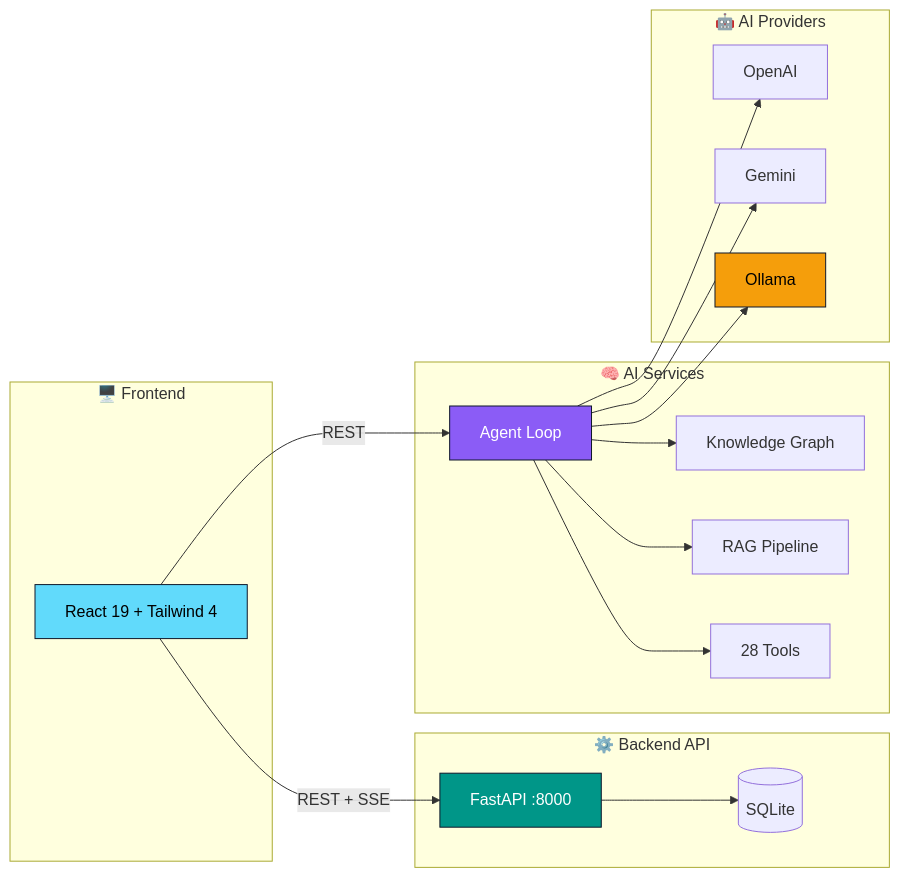
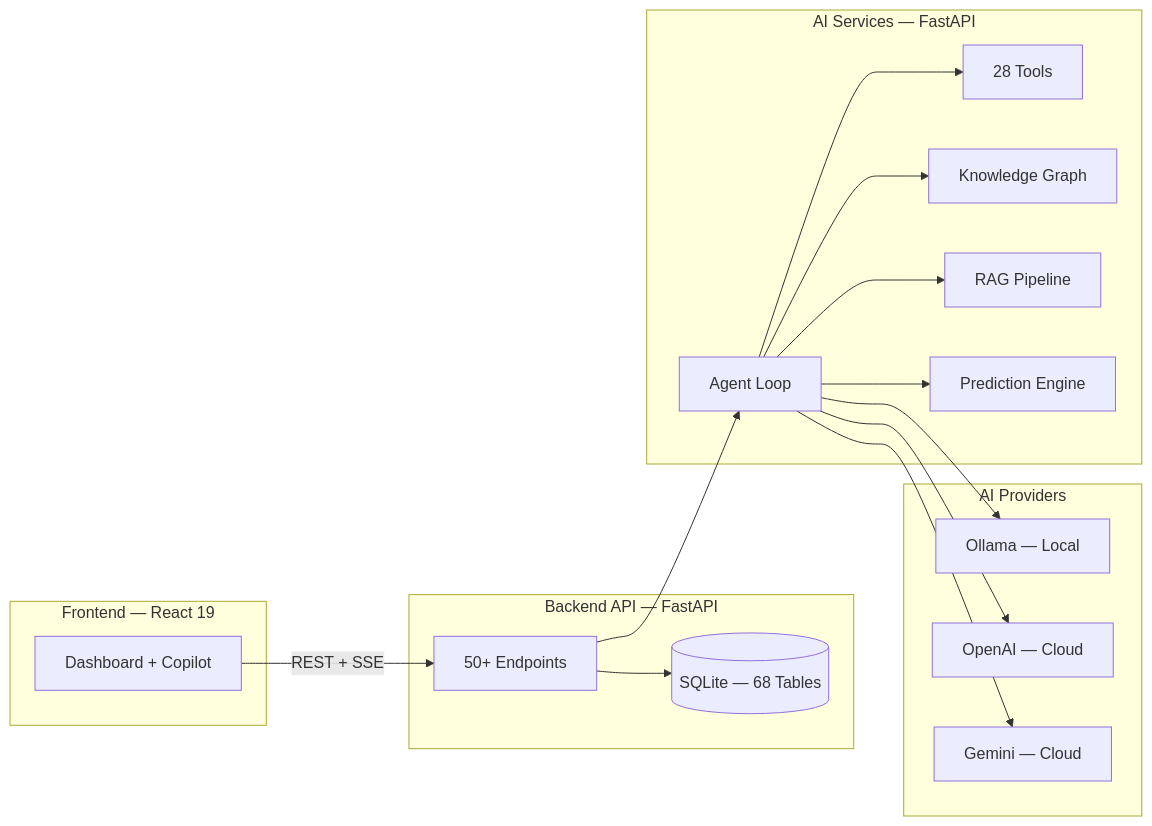
The diagram in README.md (bhuwanb23/CrimeMatrix), drawn with Mermaid before and after one commit. The commit also changed other lines of this file, not shown here.

````diff
--- a/README.md
+++ b/README.md
@@ -142,39 +72,36 @@
 ```mermaid
 graph LR
-    subgraph Frontend["🖥️ Frontend"]
-        UI[React 19 + Tailwind 4]
+    subgraph Frontend["Frontend — React 19"]
+        UI[Dashboard + Copilot]
     end
     
-    subgraph Backend["⚙️ Backend API"]
-        API[FastAPI :8000]
-        DB[(SQLite)]
+    subgraph Backend["Backend API — FastAPI"]
+        API[50+ Endpoints]
+        DB[(SQLite — 68 Tables)]
     end
     
-    subgraph AI["🧠 AI Services"]
+    subgraph AI["AI Services — FastAPI"]
         Agent[Agent Loop]
         Tools[28 Tools]
+        KG[Knowledge Graph]
         RAG[RAG Pipeline]
-        KG[Knowledge Graph]
+        Predict[Prediction Engine]
     end
     
-    subgraph LLM["🤖 AI Providers"]
-        O[Ollama]
-        G[Gemini]
-        OI[OpenAI]
+    subgraph Providers["AI Providers"]
+        Ollama[Ollama — Local]
+        OpenAI[OpenAI — Cloud]
+        Gemini[Gemini — Cloud]
     end
     
     UI -->|REST + SSE| API
-    UI -->|REST| Agent
     API --> DB
+    API --> Agent
     Agent --> Tools
+    Agent --> KG
     Agent --> RAG
-    Agent --> KG
-    Agent --> O
-    Agent --> G
-    Agent --> OI
-    
-    style UI fill:#61DAFB,stroke:#0f172a,color:#000
-    style API fill:#009688,stroke:#0f172a,color:#fff
-    style Agent fill:#8b5cf6,stroke:#0f172a,color:#fff
-    style O fill:#f59e0b,stroke:#0f172a,color:#000
+    Agent --> Predict
+    Agent --> Ollama
+    Agent --> OpenAI
+    Agent --> Gemini
 ```
````
